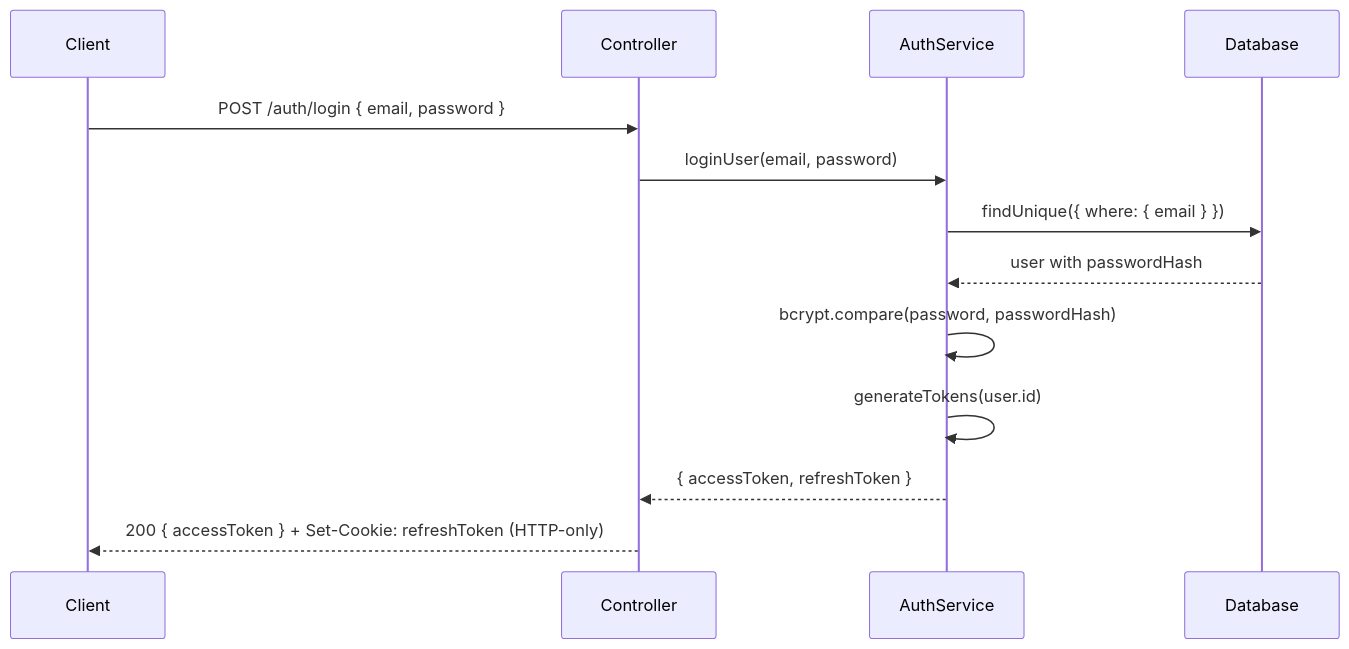
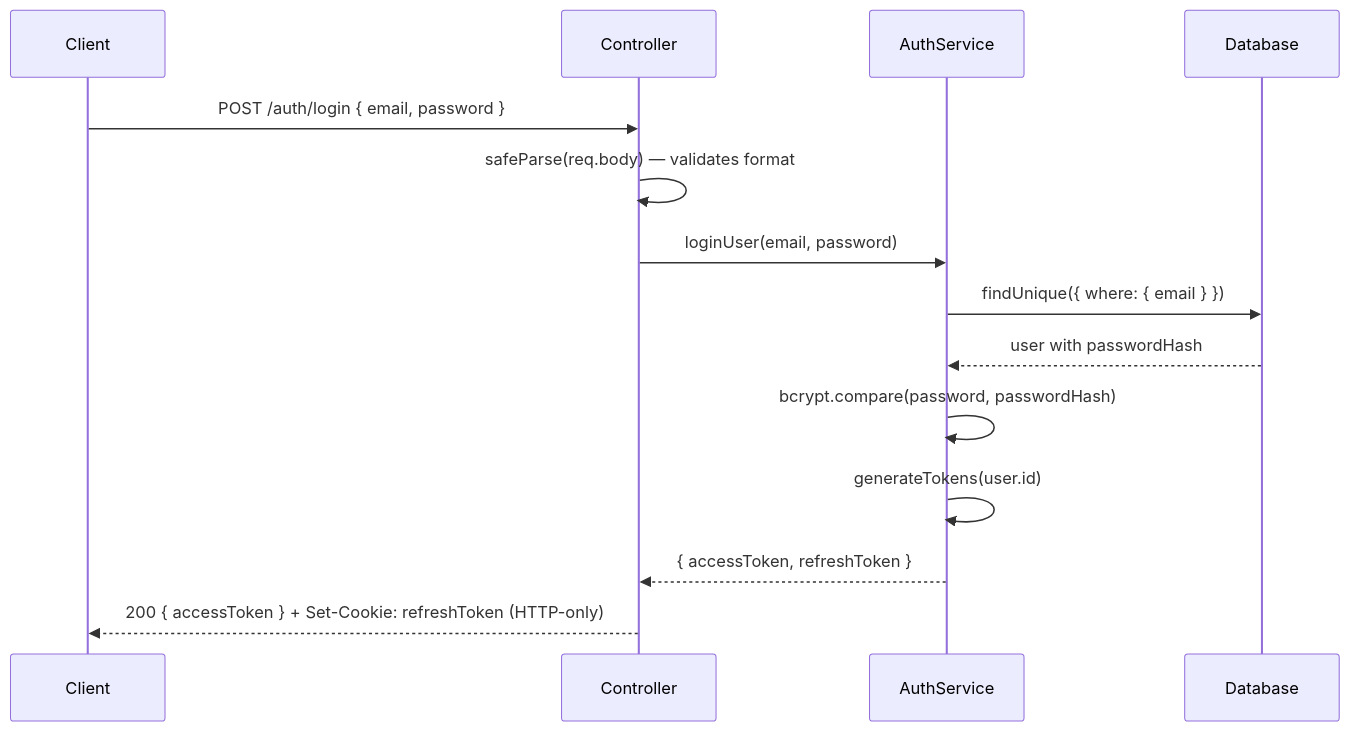
Before and after one commit to abbari6566/Dot: the sixth of 7 diagrams in documentation.md, drawn with Mermaid. The commit also changed other lines of this file and 9 other files, not shown here.

````diff
--- a/documentation.md
+++ b/documentation.md
@@ -296,16 +407,17 @@
 ```mermaid
 sequenceDiagram
     participant C as Client
     participant Ctrl as Controller
     participant S as AuthService
     participant DB as Database
 
     C->>Ctrl: POST /auth/login { email, password }
+    Ctrl->>Ctrl: safeParse(req.body) — validates format
     Ctrl->>S: loginUser(email, password)
     S->>DB: findUnique({ where: { email } })
     DB-->>S: user with passwordHash
     S->>S: bcrypt.compare(password, passwordHash)
     S->>S: generateTokens(user.id)
     S-->>Ctrl: { accessToken, refreshToken }
     Ctrl-->>C: 200 { accessToken } + Set-Cookie: refreshToken (HTTP-only)
 ```
````
